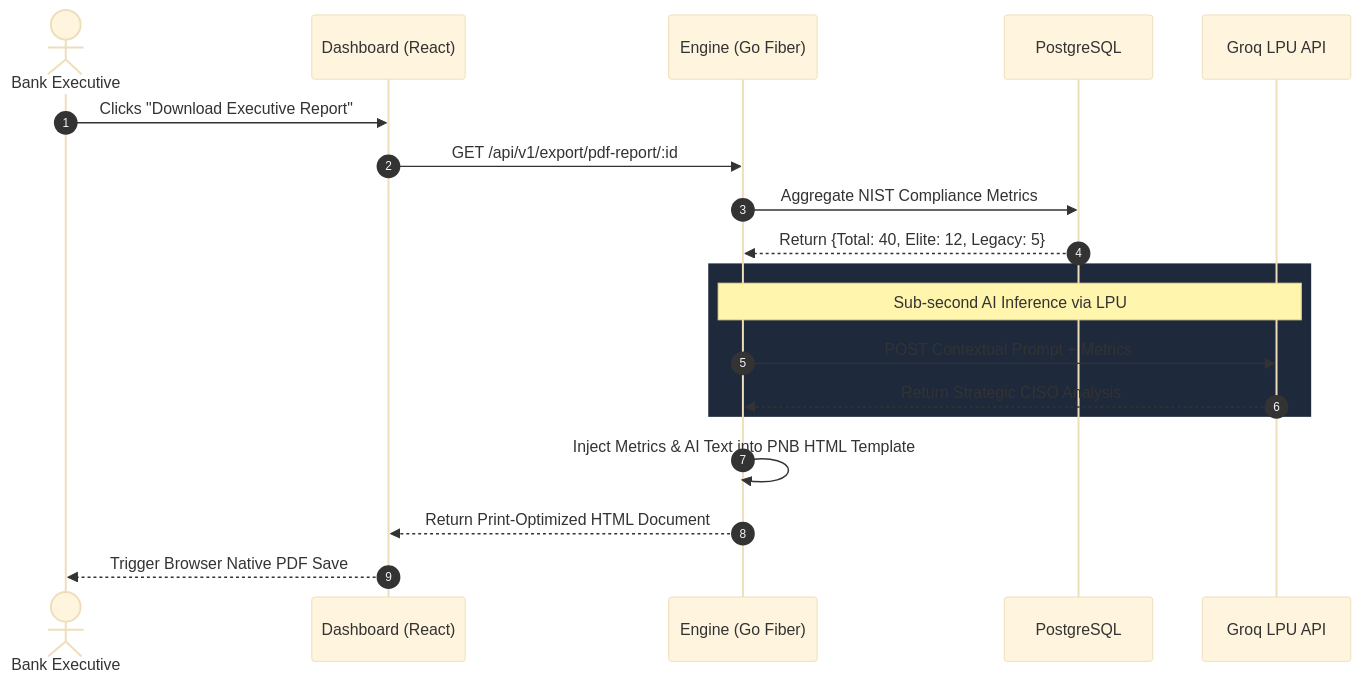
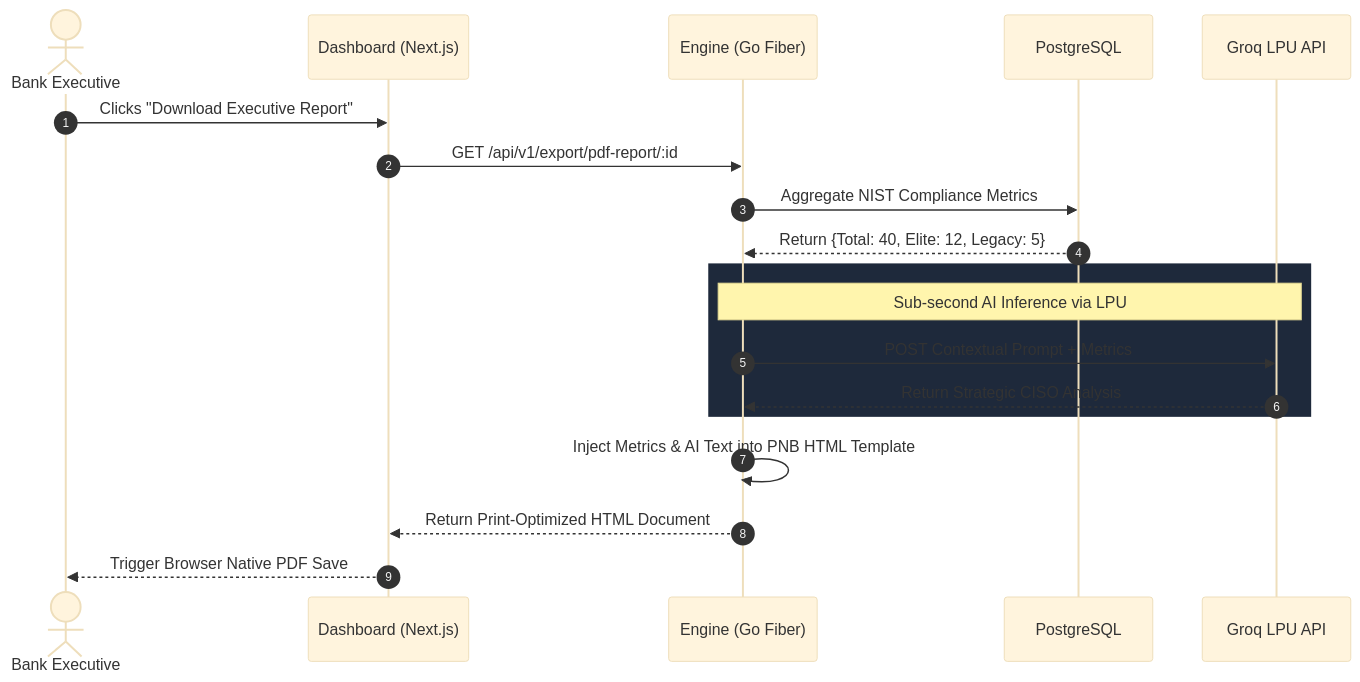
The fourth of 9 diagrams in README.md (AkshatGupta15/RandomShit), drawn with Mermaid (base theme) before and after one commit. The commit also changed other lines of this file and 1 other file, not shown here.

````diff
--- a/README.md
+++ b/README.md
@@ -303,24 +377,24 @@
 ```mermaid
 sequenceDiagram
     autonumber
     actor CISO as Bank Executive
-    participant React as Dashboard (React)
+    participant React as Dashboard (Next.js)
     participant Go as Engine (Go Fiber)
     participant DB as PostgreSQL
     participant Groq as Groq LPU API
 
     CISO->>React: Clicks "Download Executive Report"
     React->>Go: GET /api/v1/export/pdf-report/:id
     Go->>DB: Aggregate NIST Compliance Metrics
     DB-->>Go: Return {Total: 40, Elite: 12, Legacy: 5}
     
     rect rgb(30, 41, 59)
     Note over Go,Groq: Sub-second AI Inference via LPU
     Go->>Groq: POST Contextual Prompt + Metrics
     Groq-->>Go: Return Strategic CISO Analysis
     end
     
     Go->>Go: Inject Metrics & AI Text into PNB HTML Template
     Go-->>React: Return Print-Optimized HTML Document
     React-->>CISO: Trigger Browser Native PDF Save
 ```
````
